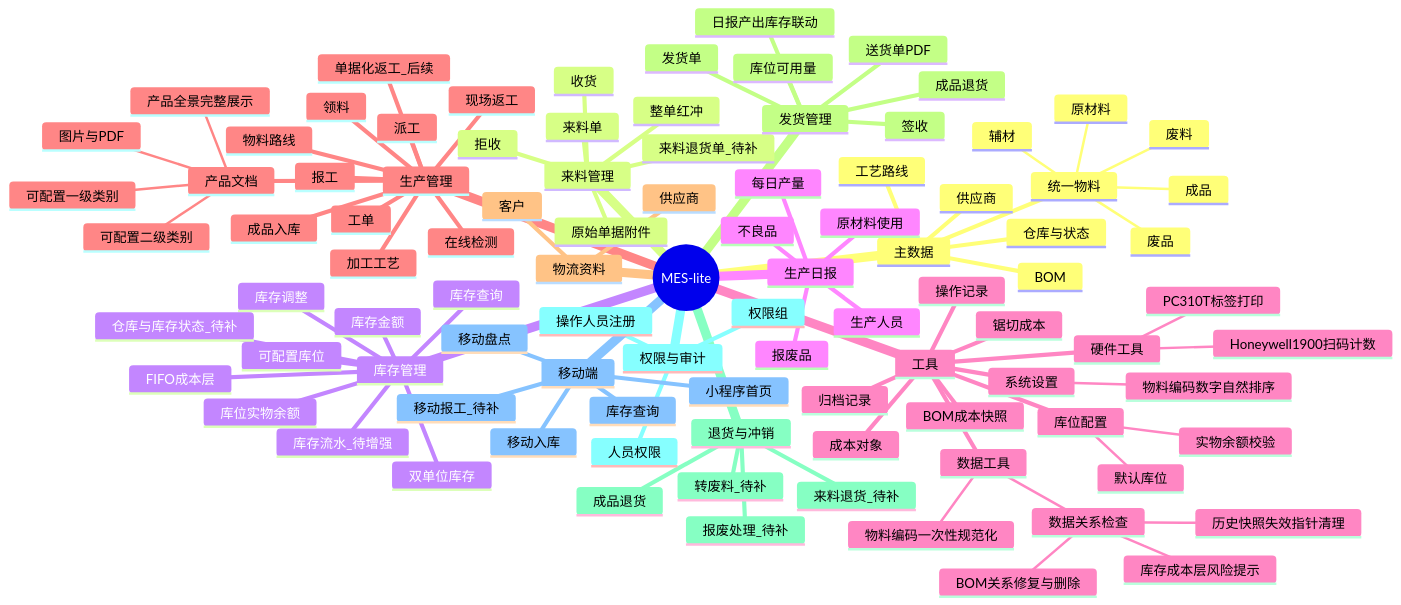
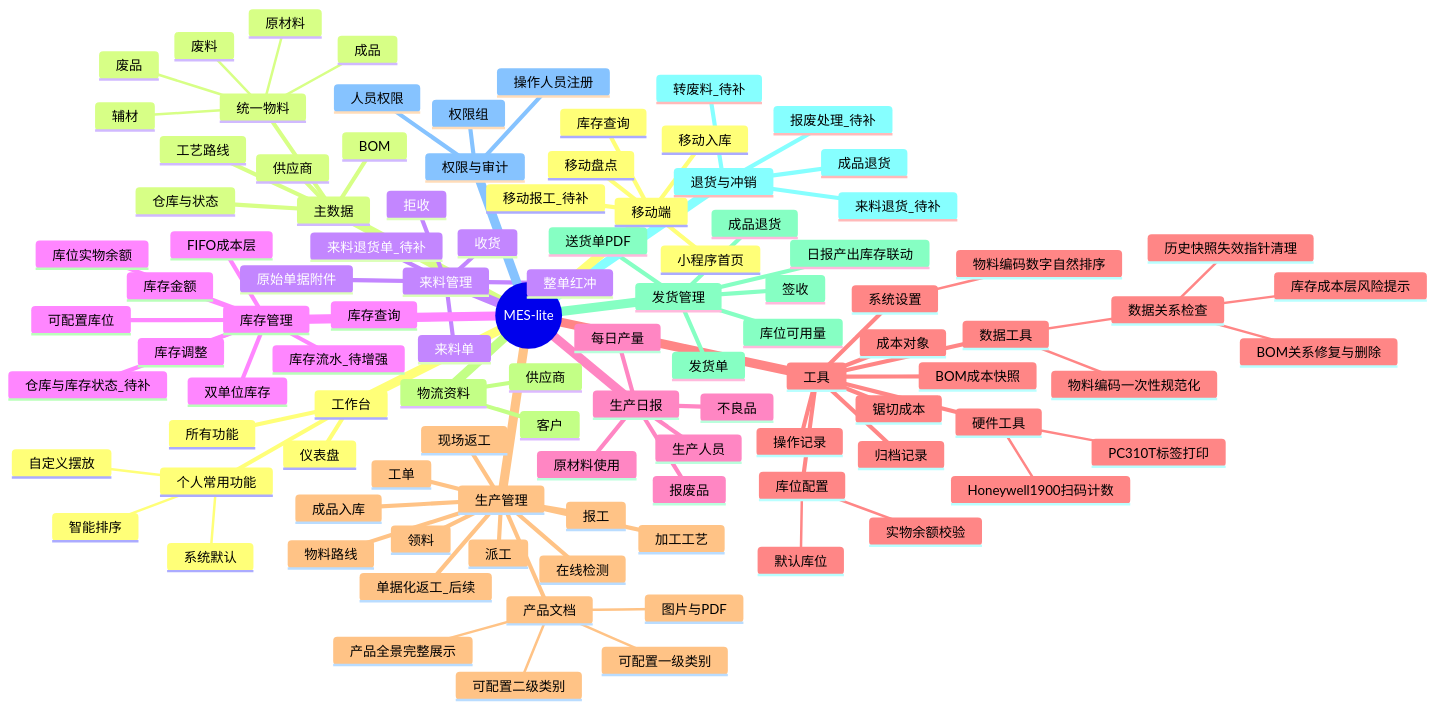
Before and after one commit to goldf2/mes-lite: the first of 16 diagrams in docs/minierp/system-function-flow.md, drawn with Mermaid. The commit also changed other lines of this file and 18 other files, not shown here.

````diff
--- a/docs/minierp/system-function-flow.md
+++ b/docs/minierp/system-function-flow.md
@@ -20,6 +22,13 @@
 ```mermaid
 mindmap
   root((MES-lite))
+    工作台
+      仪表盘
+      个人常用功能
+        系统默认
+        智能排序
+        自定义摆放
+      所有功能
     主数据
       统一物料
         原材料
````
